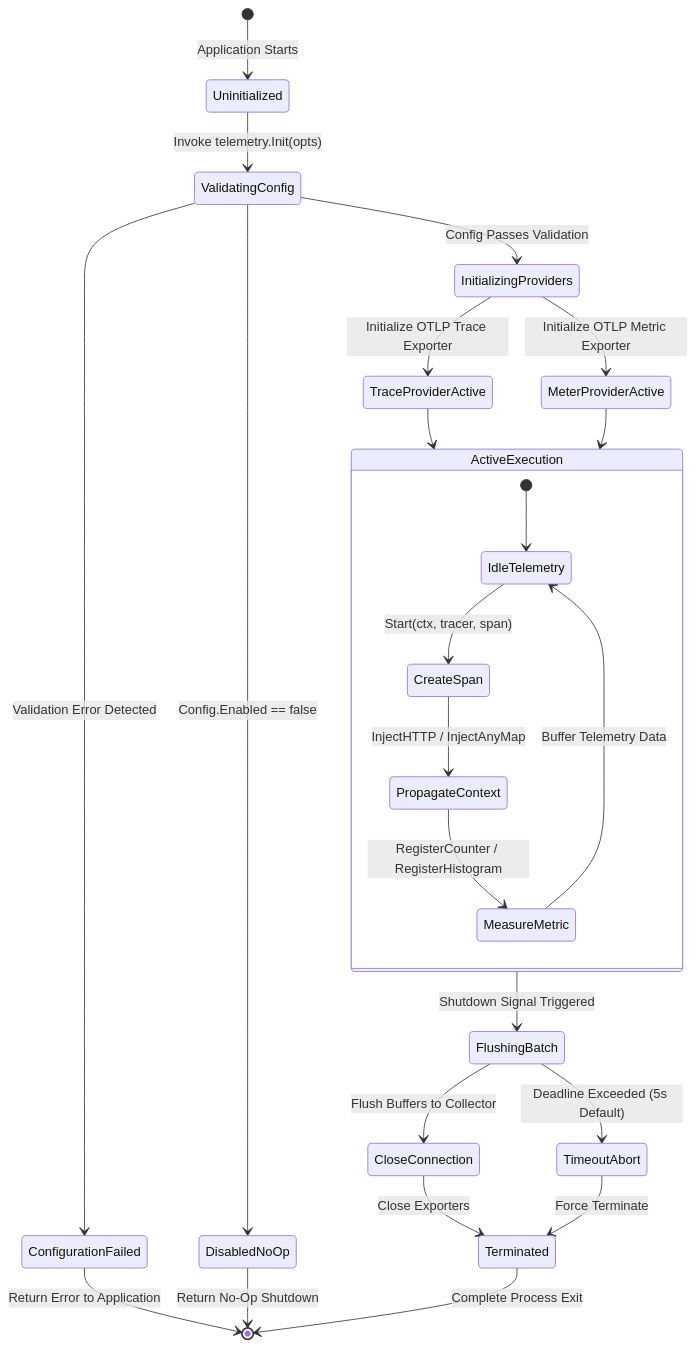
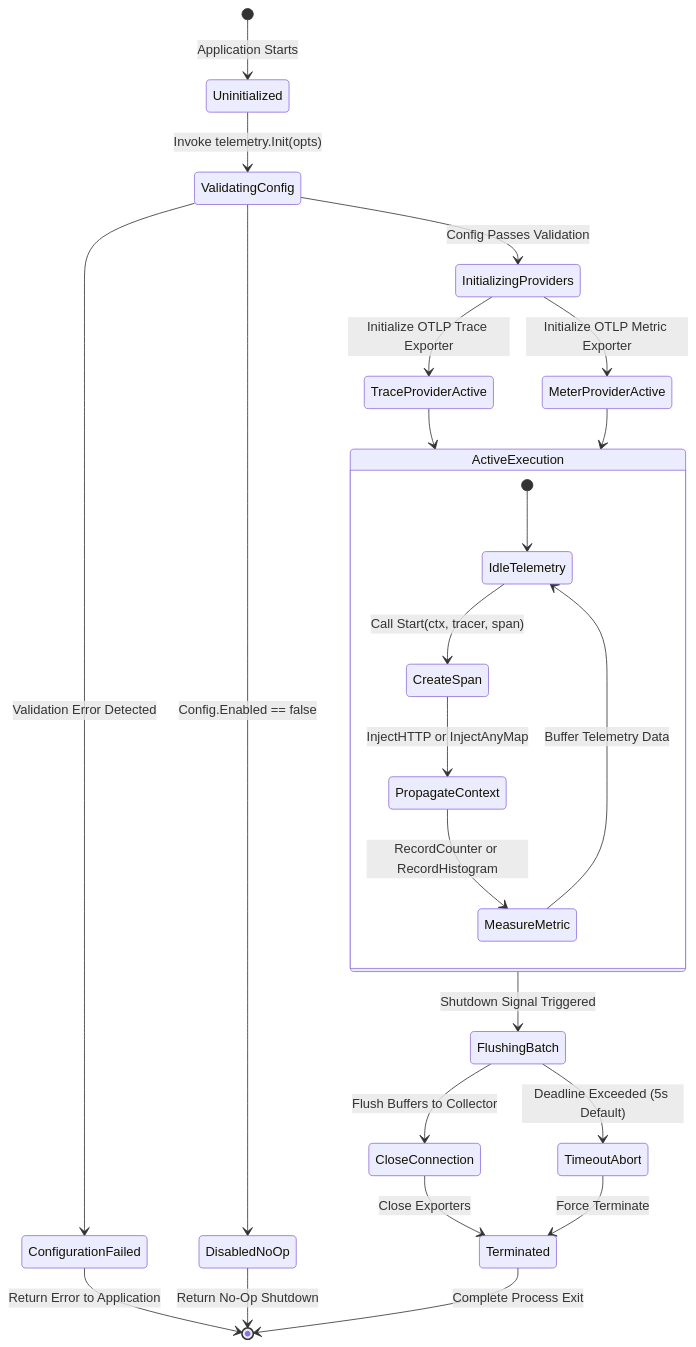
One commit to Jkenyut/nvx-go-telemetry changed the fourth of 4 diagrams in README.md. Above: the diagram before and after it, drawn with Mermaid. The commit also changed other lines of this file and 14 other files, not shown here.

````diff
--- a/README.md
+++ b/README.md
@@ -185,34 +189,34 @@
 ```mermaid
 stateDiagram-v2
     [*] --> Uninitialized: Application Starts
 
     Uninitialized --> ValidatingConfig: Invoke telemetry.Init(opts)
     ValidatingConfig --> ConfigurationFailed: Validation Error Detected
     ConfigurationFailed --> [*]: Return Error to Application
 
     ValidatingConfig --> DisabledNoOp: Config.Enabled == false
     DisabledNoOp --> [*]: Return No-Op Shutdown
 
     ValidatingConfig --> InitializingProviders: Config Passes Validation
     InitializingProviders --> TraceProviderActive: Initialize OTLP Trace Exporter
     InitializingProviders --> MeterProviderActive: Initialize OTLP Metric Exporter
 
     state ActiveExecution {
         [*] --> IdleTelemetry
-        IdleTelemetry --> CreateSpan: Start(ctx, tracer, span)
-        CreateSpan --> PropagateContext: InjectHTTP / InjectAnyMap
-        PropagateContext --> MeasureMetric: RegisterCounter / RegisterHistogram
+        IdleTelemetry --> CreateSpan: Call Start(ctx, tracer, span)
+        CreateSpan --> PropagateContext: InjectHTTP or InjectAnyMap
+        PropagateContext --> MeasureMetric: RecordCounter or RecordHistogram
         MeasureMetric --> IdleTelemetry: Buffer Telemetry Data
     }
 
     TraceProviderActive --> ActiveExecution
     MeterProviderActive --> ActiveExecution
 
     ActiveExecution --> FlushingBatch: Shutdown Signal Triggered
     FlushingBatch --> CloseConnection: Flush Buffers to Collector
     FlushingBatch --> TimeoutAbort: Deadline Exceeded (5s Default)
 
     CloseConnection --> Terminated: Close Exporters
     TimeoutAbort --> Terminated: Force Terminate
     Terminated --> [*]: Complete Process Exit
 ```
````
